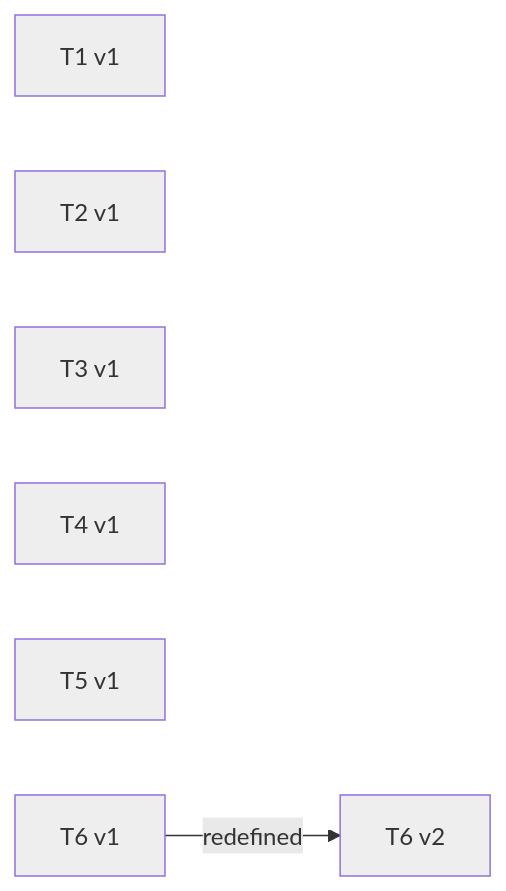
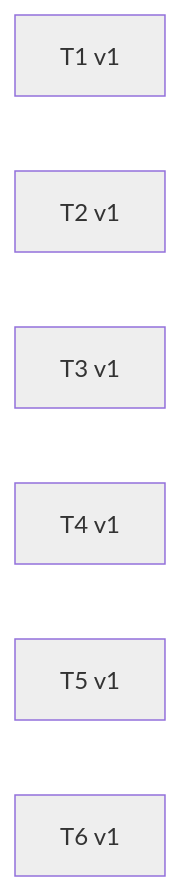
One commit to Curry09/AHE-Beta changed the seventh of 23 diagrams in docs/specs/OVERVIEW.md. Above: the diagram before and after it, drawn with Mermaid. The commit also changed other lines of this file and 22 other files, not shown here.

First line of the commit message:
feat(frontend): 场景改为自绘三房间，弃用四房间底图，房间立职能木牌

````diff
--- a/docs/specs/OVERVIEW.md
+++ b/docs/specs/OVERVIEW.md
@@ -722,19 +346,16 @@
 ```mermaid
 graph LR
     v_T1_1["T1 v1"]
     v_T2_1["T2 v1"]
     v_T3_1["T3 v1"]
     v_T4_1["T4 v1"]
     v_T5_1["T5 v1"]
     v_T6_1["T6 v1"]
-    v_T6_2["T6 v2"]
-    v_T6_1 -->|redefined| v_T6_2
     classDef st_pending fill:#eeeeee;
     class v_T1_1 st_pending;
     class v_T2_1 st_pending;
     class v_T3_1 st_pending;
     class v_T4_1 st_pending;
     class v_T5_1 st_pending;
     class v_T6_1 st_pending;
-    class v_T6_2 st_pending;
 ```
````
